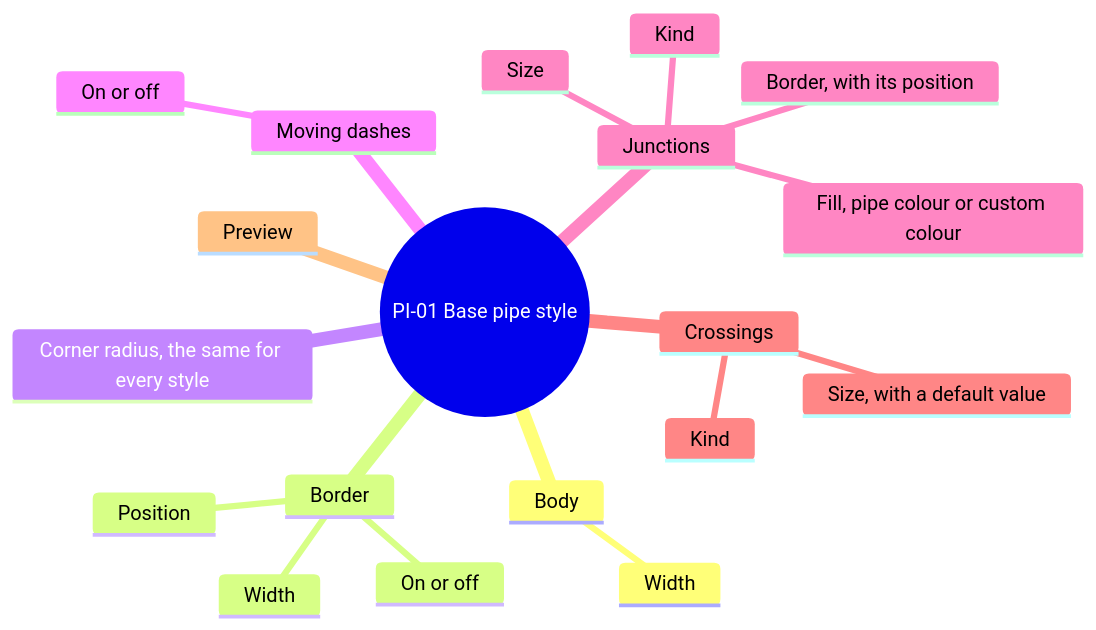
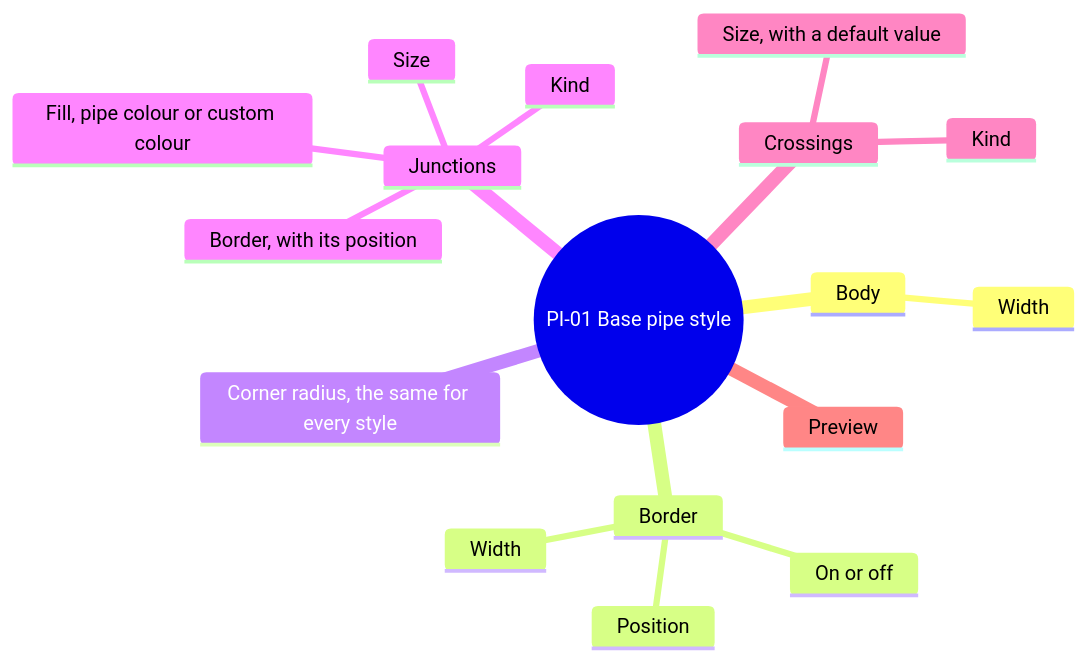
One commit to AlexandreGallais/synoptic-studio-spec changed the third of 8 diagrams in screens/pipes.md. Above: the diagram before and after it, drawn with Mermaid. The commit also changed other lines of this file and 5 other files, not shown here.

First line of the commit message:
docs(pipes): move moving dashes to pipe styles and list built-in enums first

````diff
--- a/screens/pipes.md
+++ b/screens/pipes.md
@@ -40,22 +40,20 @@
 ```mermaid
 mindmap
   root((PI-01 Base pipe style))
     Body
       Width
     Border
       On or off
       Width
       Position
     Corner radius, the same for every style
-    Moving dashes
-      On or off
     Junctions
       Kind
       Size
       Fill, pipe colour or custom colour
       Border, with its position
     Crossings
       Kind
       Size, with a default value
     Preview
 ```
````
